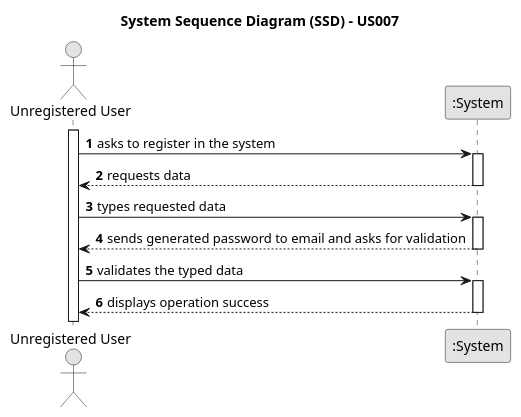
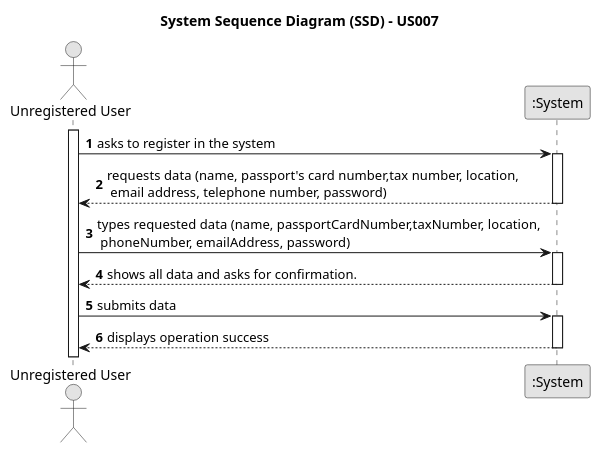
The diagram in docs/sprintB/us007/01.requirements-engineering/puml/us007-system-sequence-diagram.puml (rita-barbosa/LAPR2-2223), drawn with PlantUML before and after one commit. The commit also changed 1 other file, not shown here.

Commit message:
Update of system sequence diagram [US007][Requirements Engineering]

```diff
--- a/docs/sprintB/us007/01.requirements-engineering/puml/us007-system-sequence-diagram.puml
+++ b/docs/sprintB/us007/01.requirements-engineering/puml/us007-system-sequence-diagram.puml
@@ -1,34 +1,33 @@
 @startuml
 skinparam monochrome true
 skinparam packageStyle rectangle
 skinparam shadowing false
 
 title System Sequence Diagram (SSD) - US007
 
 autonumber
 
 actor "Unregistered User" as User
 participant ":System" as System
 
 activate User
 
     User -> System : asks to register in the system
     activate System
 
-        System --> User : requests data
+    System --> User : requests data (name, passport's card number,tax number, location,\n email address, telephone number, password)
     deactivate System
 
-    User -> System : types requested data
-
+    User -> System : types requested data (name, passportCardNumber,taxNumber, location,\n phoneNumber, emailAddress, password)
     activate System
 
-        System --> User : sends generated password to email and asks for validation
+    System --> User : shows all data and asks for confirmation.
     deactivate System
 
-    User -> System : validates the typed data
+    User -> System : submits data
     activate System
 
-        System --> User : displays operation success
+    System --> User : displays operation success
     deactivate System
 
 @enduml
```
